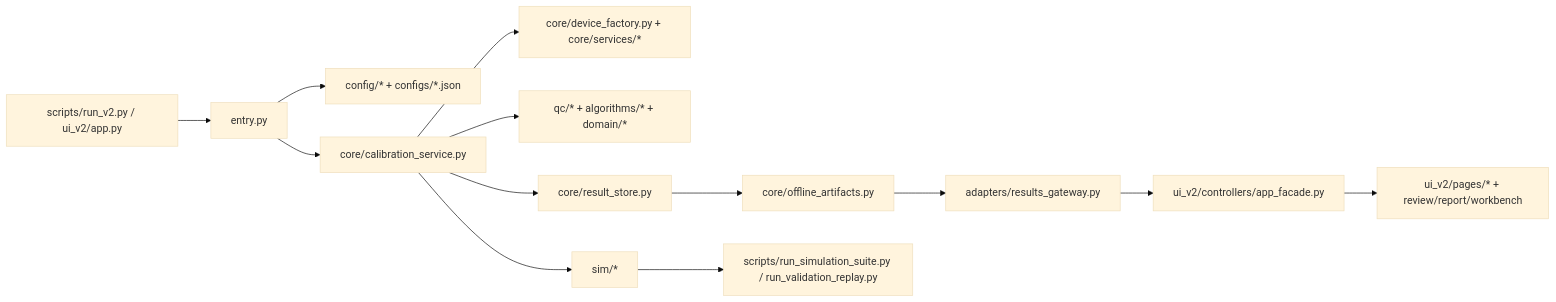
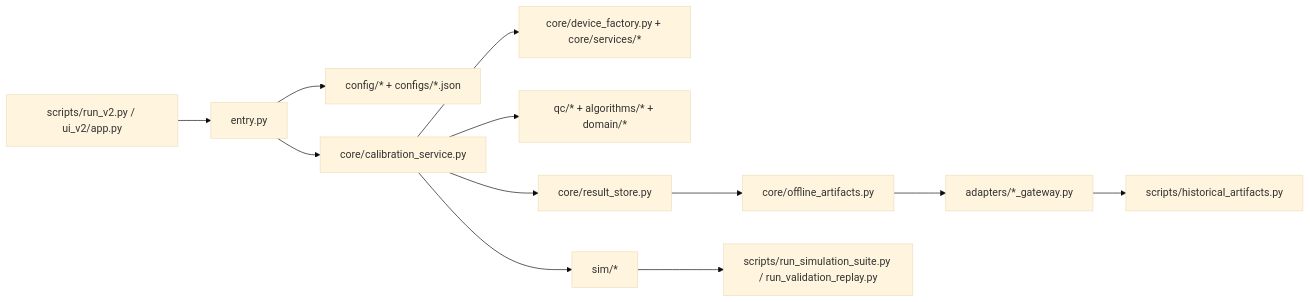
Before and after one commit to xuxin2023/gas_calibrator: the diagram in src/gas_calibrator/v2/docs/software_architecture.md, drawn with Mermaid (base theme). The commit also changed other lines of this file and 617 other files, not shown here.

````diff
--- a/src/gas_calibrator/v2/docs/software_architecture.md
+++ b/src/gas_calibrator/v2/docs/software_architecture.md
@@ -19,15 +24,14 @@
 ```mermaid
 flowchart LR
     A["scripts/run_v2.py / ui_v2/app.py"] --> B["entry.py"]
     B --> C["config/* + configs/*.json"]
     B --> D["core/calibration_service.py"]
     D --> E["core/device_factory.py + core/services/*"]
     D --> F["qc/* + algorithms/* + domain/*"]
     D --> G["core/result_store.py"]
     G --> H["core/offline_artifacts.py"]
-    H --> I["adapters/results_gateway.py"]
-    I --> J["ui_v2/controllers/app_facade.py"]
-    J --> K["ui_v2/pages/* + review/report/workbench"]
+    H --> I["adapters/*_gateway.py"]
+    I --> J["scripts/historical_artifacts.py"]
     D --> L["sim/*"]
     L --> M["scripts/run_simulation_suite.py / run_validation_replay.py"]
 ```
````
